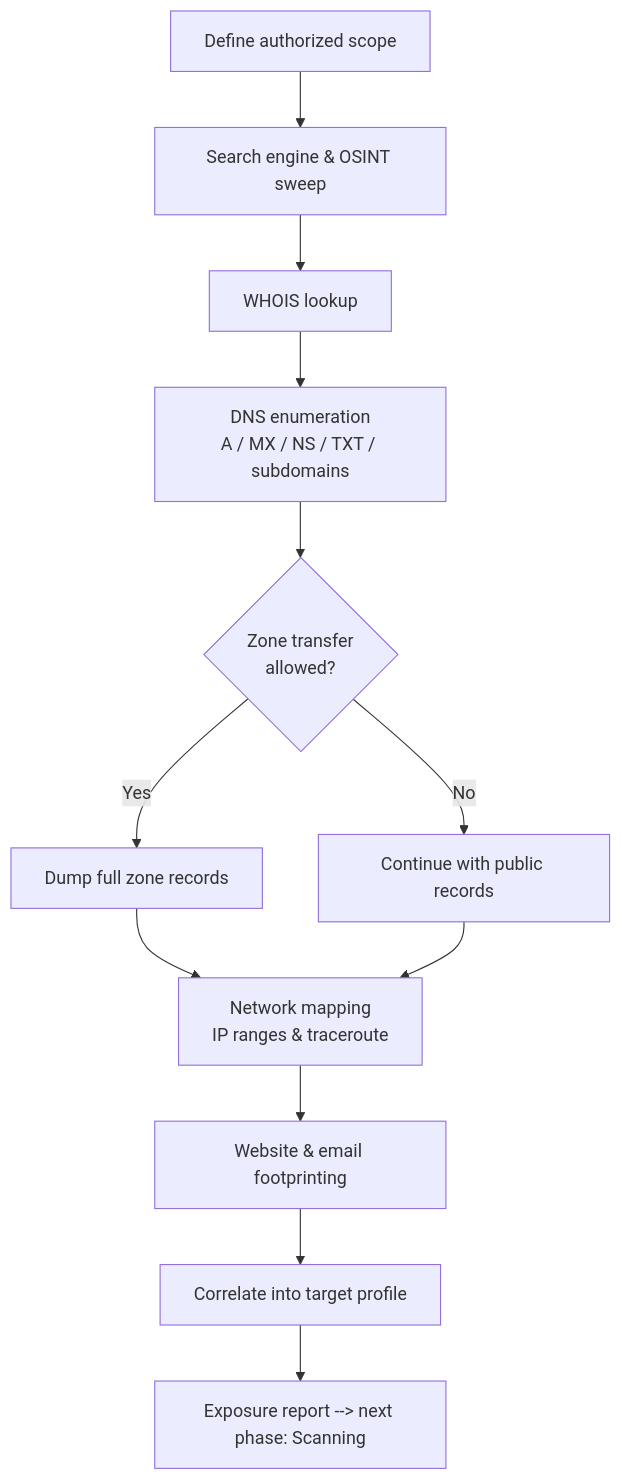
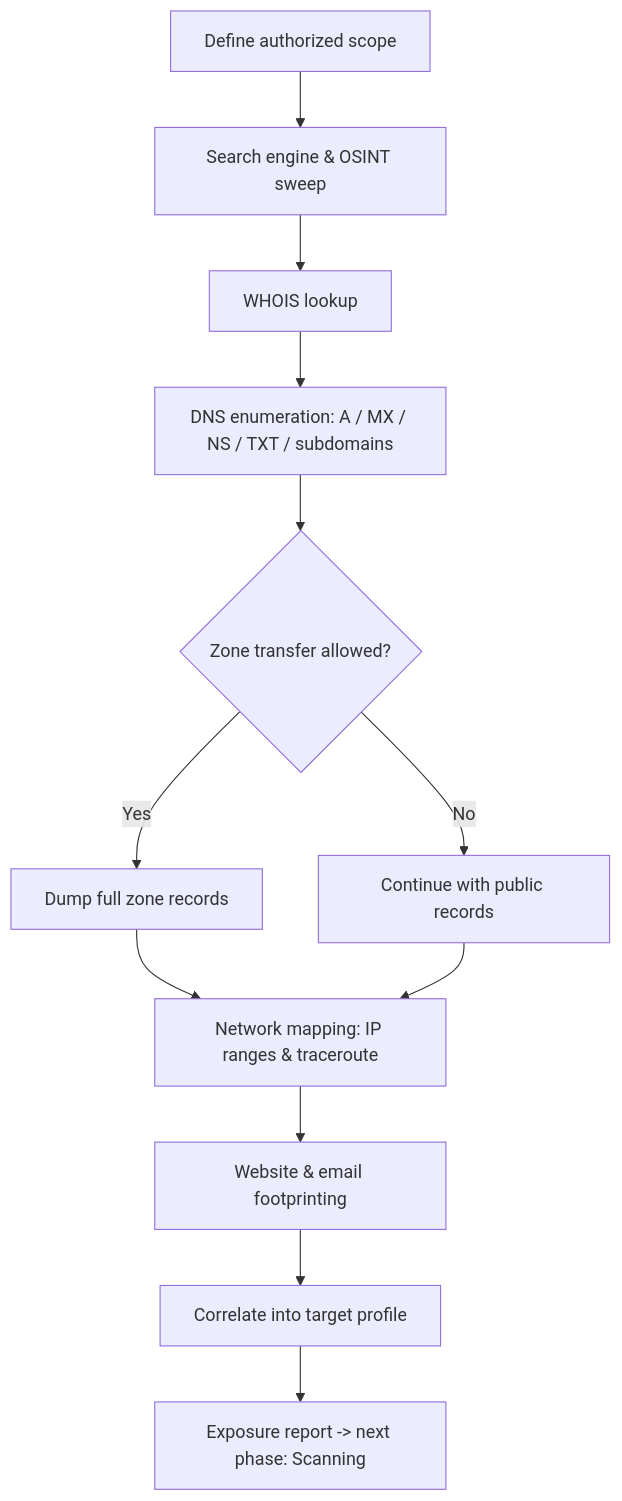
One commit to AbhisHub-12/ccsp changed the second of 4 diagrams in 02-professional-level-1/module-02-footprinting-and-reconnaissance.md. Above: the diagram before and after it, drawn with Mermaid. The commit also changed other lines of this file and 13 other files, not shown here.

First line of the commit message:
Enhance modules with visuals: more diagrams, tables, images, callouts

````diff
--- a/02-professional-level-1/module-02-footprinting-and-reconnaissance.md
+++ b/02-professional-level-1/module-02-footprinting-and-reconnaissance.md
@@ -116,14 +161,14 @@
 ```mermaid
 flowchart TD
     A[Define authorized scope] --> B[Search engine & OSINT sweep]
     B --> C[WHOIS lookup]
-    C --> D[DNS enumeration<br/>A / MX / NS / TXT / subdomains]
-    D --> E{Zone transfer<br/>allowed?}
+    C --> D[DNS enumeration: A / MX / NS / TXT / subdomains]
+    D --> E{Zone transfer allowed?}
     E -->|Yes| F[Dump full zone records]
     E -->|No| G[Continue with public records]
-    F --> H[Network mapping<br/>IP ranges & traceroute]
+    F --> H[Network mapping: IP ranges & traceroute]
     G --> H
     H --> I[Website & email footprinting]
     I --> J[Correlate into target profile]
-    J --> K[Exposure report --> next phase: Scanning]
+    J --> K[Exposure report -> next phase: Scanning]
 ```
````
